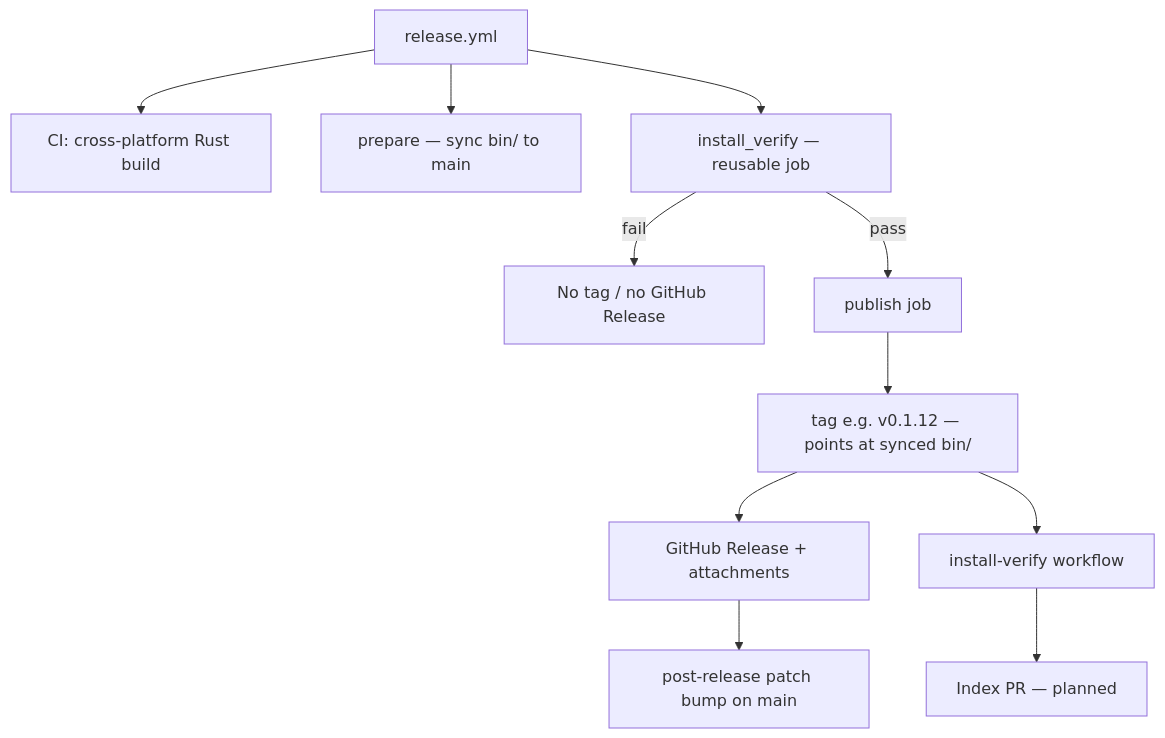
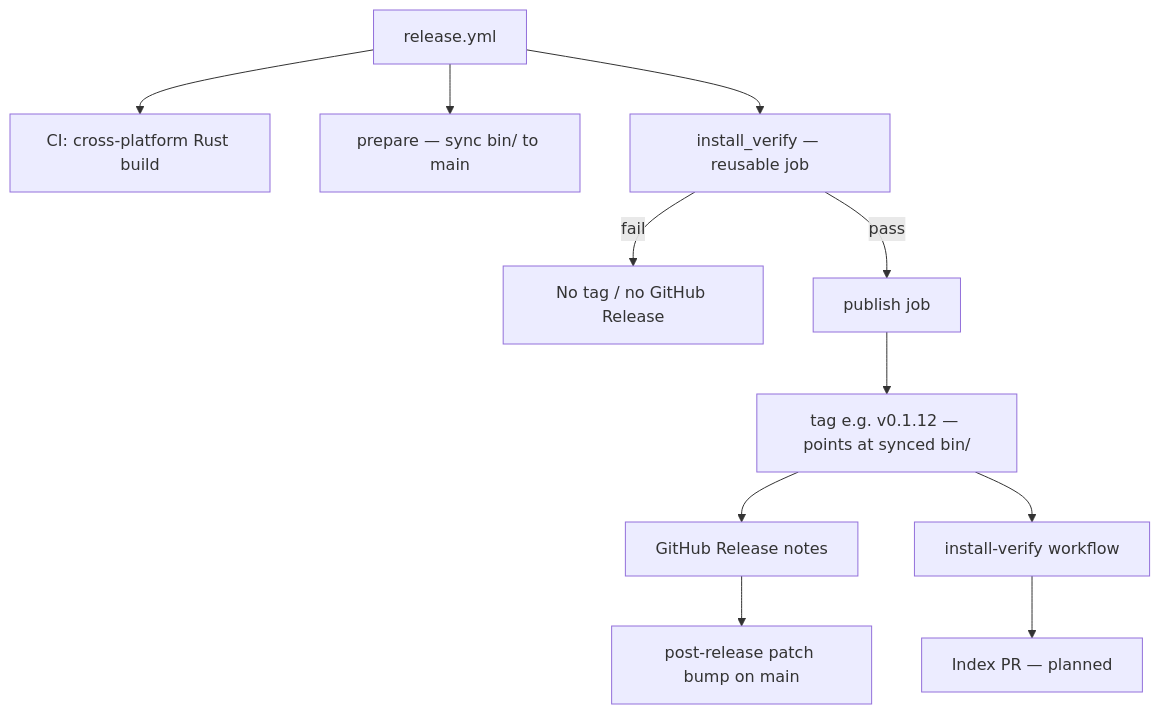
Before and after one commit to CREATeNG/freecad-mcp-bridge: the first of 2 diagrams in MAINTAINING.md, drawn with Mermaid. The commit also changed other lines of this file and 4 other files, not shown here.

First line of the commit message:
Drop redundant GitHub Release binary uploads

````diff
--- a/MAINTAINING.md
+++ b/MAINTAINING.md
@@ -81,14 +81,14 @@
 ```mermaid
 flowchart TD
   R[release.yml]
   R --> build[CI: cross-platform Rust build]
   R --> prep[prepare — sync bin/ to main]
   R --> verify[install_verify — reusable job]
   verify -->|fail| stop[No tag / no GitHub Release]
   verify -->|pass| pub[publish job]
   pub --> tag[tag e.g. v0.1.12 — points at synced bin/]
-  tag --> gh[GitHub Release + attachments]
+  tag --> gh[GitHub Release notes]
   gh --> zbump[post-release patch bump on main]
   tag --> postverify[install-verify workflow]
   postverify --> index[Index PR — planned]
 ```
````
